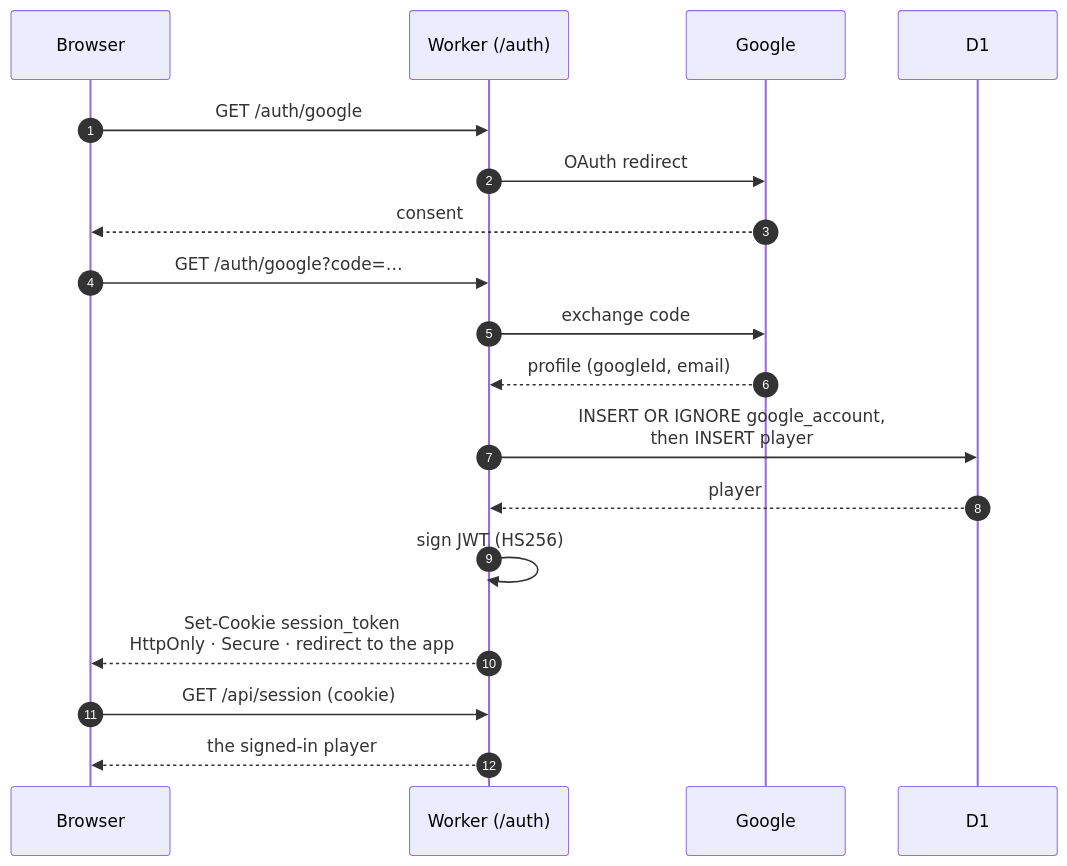
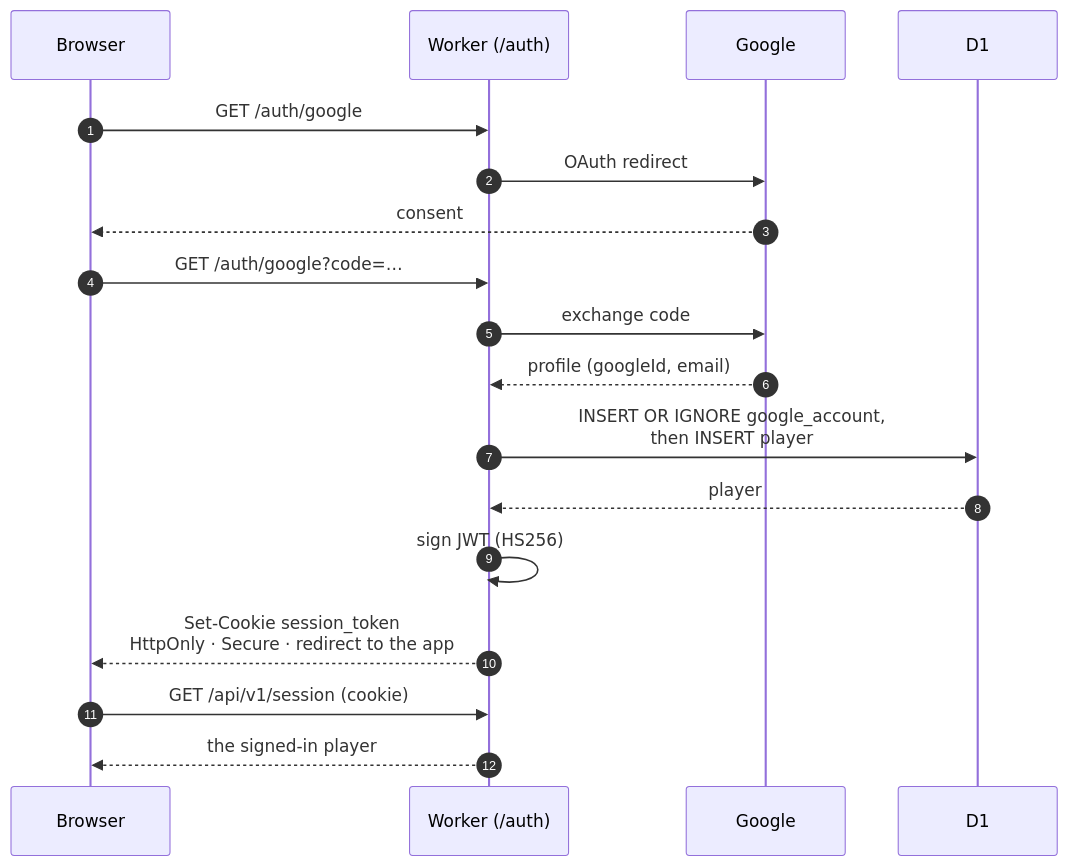
The first of 6 diagrams in docs/site/pages/architecture/data-flow.md (FantasyWiki/FantasyWiki), drawn with Mermaid before and after one commit. The commit also changed other lines of this file and 49 other files, not shown here.

````diff
--- a/docs/site/pages/architecture/data-flow.md
+++ b/docs/site/pages/architecture/data-flow.md
@@ -19,21 +19,21 @@
 ```mermaid
 sequenceDiagram
   autonumber
   participant B as Browser
   participant W as Worker (/auth)
   participant G as Google
   participant DB as D1
 
   B->>W: GET /auth/google
   W->>G: OAuth redirect
   G-->>B: consent
   B->>W: GET /auth/google?code=…
   W->>G: exchange code
   G-->>W: profile (googleId, email)
   W->>DB: INSERT OR IGNORE google_account,<br/>then INSERT player
   DB-->>W: player
   W->>W: sign JWT (HS256)
   W-->>B: Set-Cookie session_token<br/>HttpOnly · Secure · redirect to the app
-  B->>W: GET /api/session (cookie)
+  B->>W: GET /api/v1/session (cookie)
   W-->>B: the signed-in player
 ```
````
